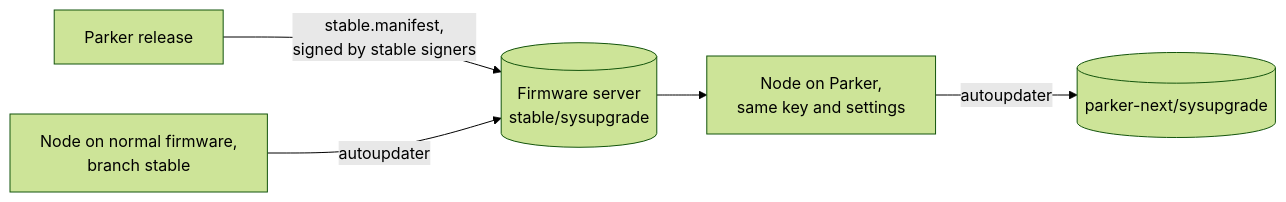
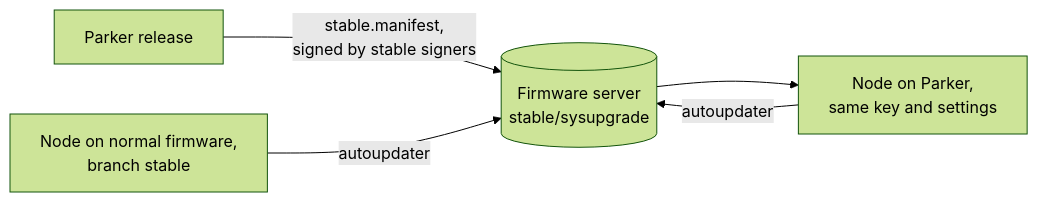
Before and after one commit to freifunkMUC/site-ffm: the first of 2 diagrams in docs/parker-migration.md, drawn with Mermaid (forest theme). The commit also changed other lines of this file and 2 other files, not shown here.

First line of the commit message:
parker-next: use the normal experimental, testing and stable branches

````diff
--- a/docs/parker-migration.md
+++ b/docs/parker-migration.md
@@ -31,7 +32,7 @@
 ```mermaid
 flowchart LR
     R[Parker release] -->|stable.manifest,<br/>signed by stable signers| S[(Firmware server<br/>stable/sysupgrade)]
     N[Node on normal firmware,<br/>branch stable] -->|autoupdater| S
     S --> P[Node on Parker,<br/>same key and settings]
-    P -->|autoupdater| B[(parker-next/sysupgrade)]
+    P -->|autoupdater| S
 ```
````
